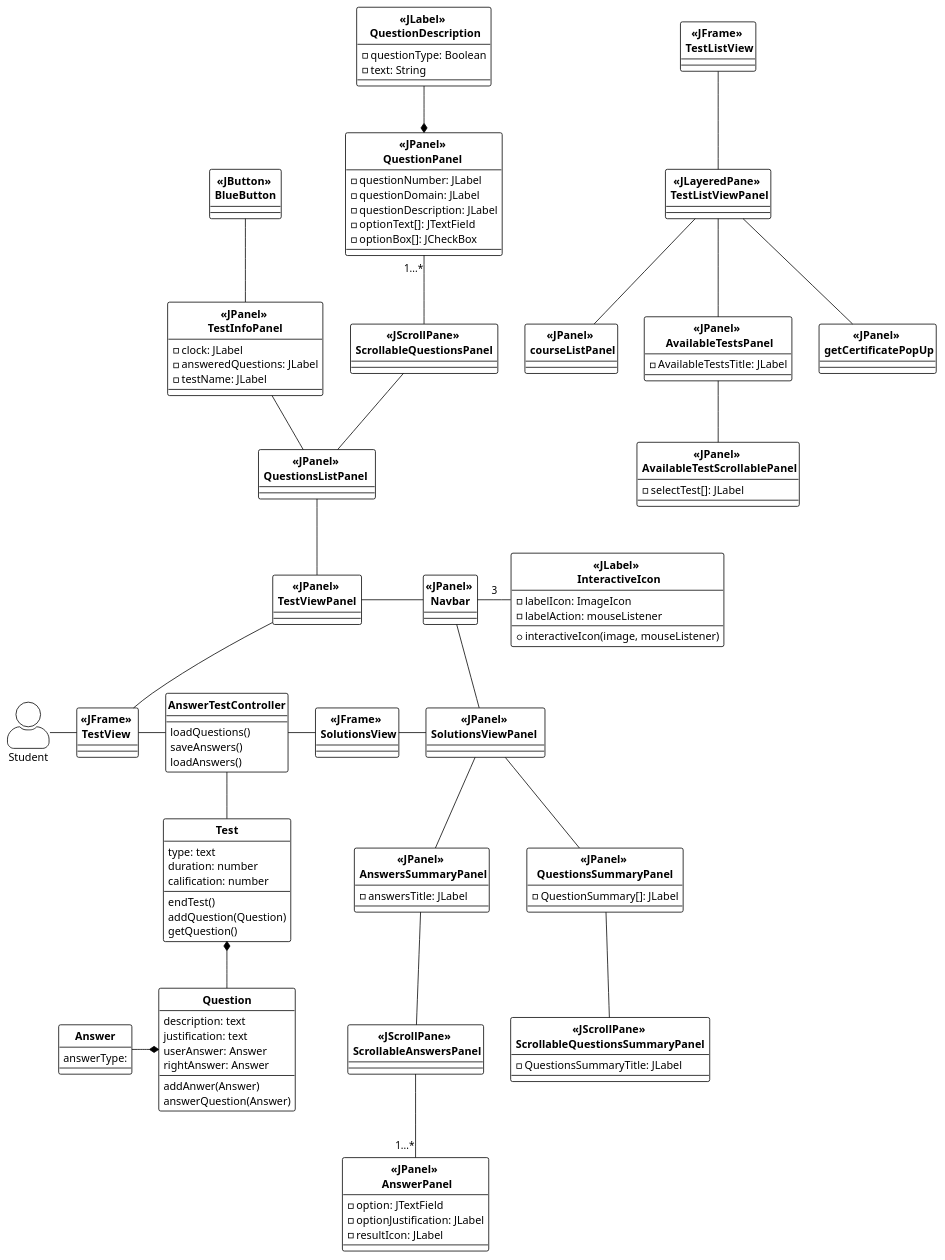
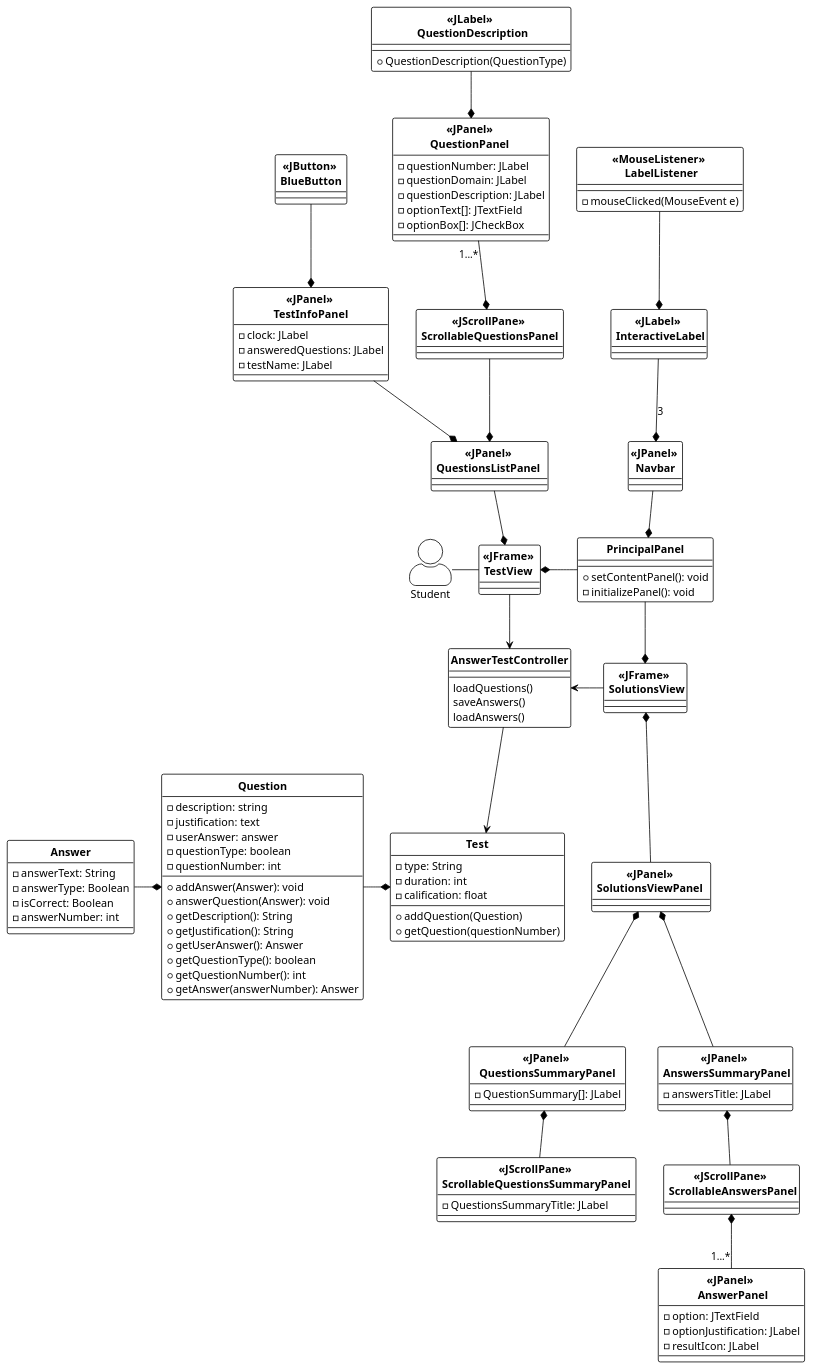
One commit to MiguelCiav/Uhuru changed the diagram in docs/logicalView/designView/usecaseDesign/designClasses.plantuml. Above: the diagram before and after it, drawn with PlantUML. The commit also changed 11 other files, not shown here.

```diff
--- a/docs/logicalView/designView/usecaseDesign/designClasses.plantuml
+++ b/docs/logicalView/designView/usecaseDesign/designClasses.plantuml
@@ -18,24 +18,35 @@
 
 actor Student
 
+'' PRINCIPAL PANEL
+
+Class PrincipalPanel {
+    + setContentPanel(): void
+    - initializePanel(): void
+}
+
+Navbar -d-* PrincipalPanel
+
 '' NAVBAR
 
 Class "<<JPanel>> \n Navbar " as Navbar {
+
 }
 
-Class "<<JLabel>> \n InteractiveIcon" as InteractiveIcon {
-    - labelIcon: ImageIcon
-    - labelAction: mouseListener
-    + interactiveIcon(image, mouseListener)
+'' INTERACTIVE LABEL
+
+Class "<<JLabel>> \n InteractiveLabel" as InteractiveLabel {
+    
 }
 
-InteractiveIcon -l- Navbar: 3
+Class "<<MouseListener>> \n LabelListener" as LabelListener {
+    - mouseClicked(MouseEvent e)
+}
+
+InteractiveLabel -d-* Navbar: 3
+LabelListener --* InteractiveLabel
 
 '' TESTVIEWPANEL
-
-Class "<<JPanel>> \n TestViewPanel " as TestViewPanel {
-
-}
 
 Class "<<JPanel>> \n QuestionsListPanel  " as QuestionsListPanel {
 
@@ -64,22 +75,21 @@
 }
 
 Class "<<JLabel>> \n QuestionDescription" as QuestionDescription {
-    - questionType: Boolean
-    - text: String
+    + QuestionDescription(QuestionType)
 }
 
 Class "<<JFrame>> \n TestView  " as TestView{
 
 }
 
-QuestionPanel "1...*" -- ScrollableQuestionsPanel
-TestInfoPanel -- QuestionsListPanel
-BlueButton -- TestInfoPanel
-ScrollableQuestionsPanel -- QuestionsListPanel
-Navbar -l- TestViewPanel
-QuestionsListPanel -- TestViewPanel
-TestViewPanel -- TestView
-QuestionDescription -d-* QuestionPanel
+PrincipalPanel -l-* TestView
+
+QuestionPanel "1...*" --* ScrollableQuestionsPanel
+TestInfoPanel --* QuestionsListPanel
+BlueButton --* TestInfoPanel
+ScrollableQuestionsPanel --* QuestionsListPanel
+QuestionsListPanel --* TestView
+QuestionDescription --* QuestionPanel
 
 '' SOLUTIONSVIEW
 
@@ -114,13 +124,13 @@
     - resultIcon: JLabel
 }
 
-SolutionsView -r- SolutionsViewPanel
-SolutionsViewPanel -- AnswersSummaryPanel
-SolutionsViewPanel -- QuestionsSummaryPanel
-SolutionsViewPanel -u- Navbar
-QuestionsSummaryPanel -- ScrollableQuestionsSummaryPanel
-AnswersSummaryPanel -- ScrollableAnswersPanel
-ScrollableAnswersPanel -- "1...*" AnswerPanel
+PrincipalPanel --* SolutionsView
+SolutionsView *-- SolutionsViewPanel
+SolutionsViewPanel *-- AnswersSummaryPanel
+SolutionsViewPanel *-- QuestionsSummaryPanel
+QuestionsSummaryPanel *-- ScrollableQuestionsSummaryPanel
+AnswersSummaryPanel *-- ScrollableAnswersPanel
+ScrollableAnswersPanel *-- "1...*" AnswerPanel
 
 '' ANSWERTESTCONTROLLER
 
@@ -132,74 +142,45 @@
 
 Class Test{
 
-    type: text 
-    duration: number
-    calification: number
+    - type: String
+    - duration: int 
+    - calification: float
 
-    endTest()
-    addQuestion(Question)
-    getQuestion()
+    + addQuestion(Question)
+    + getQuestion(questionNumber)
 }
 
 Class Question{
 
-    description: text
-    justification: text
-    userAnswer: Answer
-    rightAnswer: Answer
+    - description: string
+    - justification: text
+    - userAnswer: answer
+    - questionType: boolean
+    - questionNumber: int
 
-    addAnwer(Answer)
-    answerQuestion(Answer)
+    + addAnswer(Answer): void
+    + answerQuestion(Answer): void
+    + getDescription(): String
+    + getJustification(): String
+    + getUserAnswer(): Answer
+    + getQuestionType(): boolean
+    + getQuestionNumber(): int
+    + getAnswer(answerNumber): Answer
 }
 
 Class Answer{
 
-    answerType:
+    - answerText: String
+    - answerType: Boolean
+    - isCorrect: Boolean
+    - answerNumber: int
 }
 
-'' CASO DE USO GETCERTIFICATE
-
-class "<<JFrame>> \n TestListView" as TestListView {
-
-}
-
-class "<<JLayeredPane>> \n TestListViewPanel" as TestListViewPanel {
-
-}
-
-class "<<JPanel>> \n courseListPanel" as courseListPanel {
-
-}
-
-class "<<JPanel>> \n AvailableTestsPanel" as AvailableTestsPanel {
-    - AvailableTestsTitle: JLabel
-}
-
-class "<<JPanel>> \n AvailableTestScrollablePanel" as AvailableTestScrollablePanel {
-    - selectTest[]: JLabel
-}
-
-class "<<JPanel>> \n getCertificatePopUp" as getCertificatePopUp {
-    
-}
-
-
-TestListView -- TestListViewPanel
-TestListViewPanel -- courseListPanel
-TestListViewPanel -- AvailableTestsPanel
-TestListViewPanel -- getCertificatePopUp
-AvailableTestsPanel -- AvailableTestScrollablePanel
-
 Student -r- TestView
-
-TestView -r- AnswerTestController
-
-AnswerTestController -r- SolutionsView
-
-AnswerTestController -d- Test
-
-Question -u-* Test
-
+TestView --> AnswerTestController
+AnswerTestController <-r- SolutionsView
+AnswerTestController --> Test
+Question -r-* Test
 Answer -r-* Question
 
 @endUML
```
